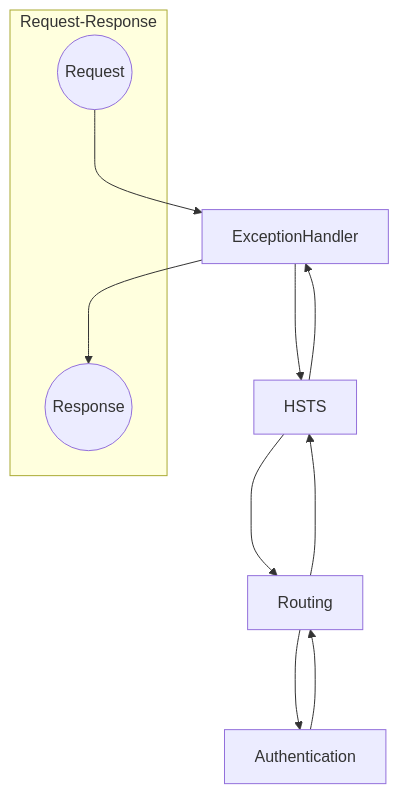
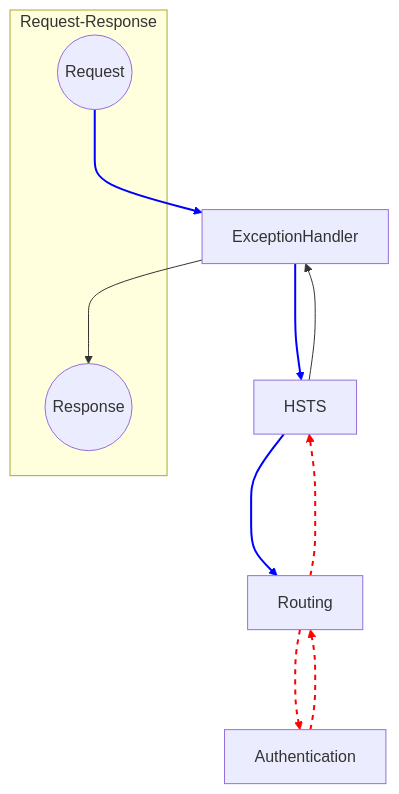
The diagram in MiddlewareMermaid/graphTD_colorRR.md (Rick-Anderson/MiddlewareMermaid), drawn with Mermaid before and after one commit.

````diff
--- a/MiddlewareMermaid/graphTD_colorRR.md
+++ b/MiddlewareMermaid/graphTD_colorRR.md
@@ -1,16 +1,22 @@
 ```mermaid
 graph TD;
     subgraph Request-Response
         Request((Request))
         Response((Response))
     end
     Request--->ExceptionHandler
     ExceptionHandler--->HSTS
     HSTS--->Routing
     Routing--->Authentication
     Authentication--->Routing
     Routing--->HSTS
     HSTS--->ExceptionHandler
     ExceptionHandler--->Response
 
+    linkStyle 0 stroke-width:2px,fill:none,stroke:blue;
+    linkStyle 1 stroke-width:2px,fill:none,stroke:blue;
+    linkStyle 2 stroke-width:2px,fill:none,stroke:blue;
+    linkStyle 3 stroke-dasharray: 5 5, stroke-width:2px,fill:none,stroke:red;
+    linkStyle 4 stroke-dasharray: 5 5, stroke-width:2px,fill:none,stroke:red;
+    linkStyle 5 stroke-dasharray: 5 5, stroke-width:2px,fill:none,stroke:red;
 ```
````
